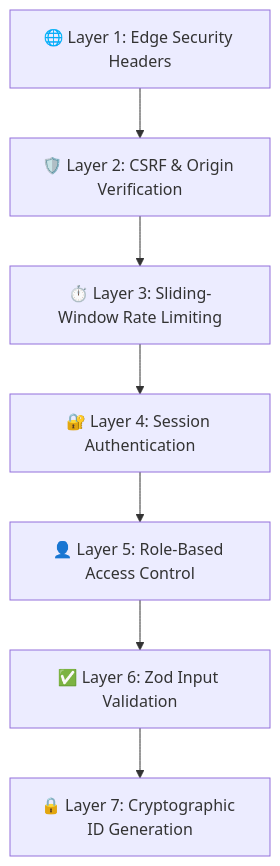
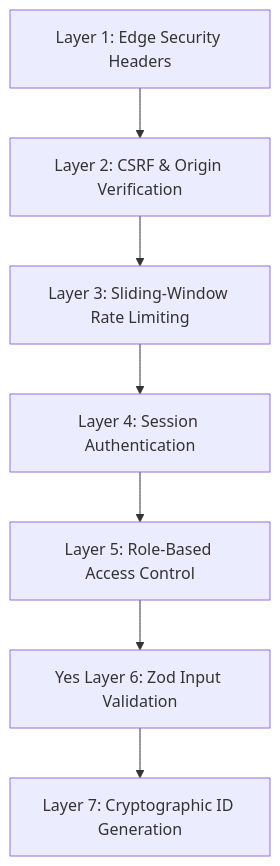
The first of 3 diagrams in README.md (PrikshitGhangas/Luminous_BKP), drawn with Mermaid before and after one commit. The commit also changed other lines of this file and 29 other files, not shown here.

````diff
--- a/README.md
+++ b/README.md
@@ -183,9 +183,9 @@
 ```mermaid
 flowchart TD
-    A["🌐 Layer 1: Edge Security Headers"] --> B["🛡️ Layer 2: CSRF & Origin Verification"]
-    B --> C["⏱️ Layer 3: Sliding-Window Rate Limiting"]
-    C --> D["🔐 Layer 4: Session Authentication"]
-    D --> E["👤 Layer 5: Role-Based Access Control"]
-    E --> F["✅ Layer 6: Zod Input Validation"]
-    F --> G["🔒 Layer 7: Cryptographic ID Generation"]
+ A[" Layer 1: Edge Security Headers"] --> B[" Layer 2: CSRF & Origin Verification"]
+ B --> C[" Layer 3: Sliding-Window Rate Limiting"]
+ C --> D[" Layer 4: Session Authentication"]
+ D --> E[" Layer 5: Role-Based Access Control"]
+ E --> F["Yes Layer 6: Zod Input Validation"]
+ F --> G[" Layer 7: Cryptographic ID Generation"]
 ```
````
